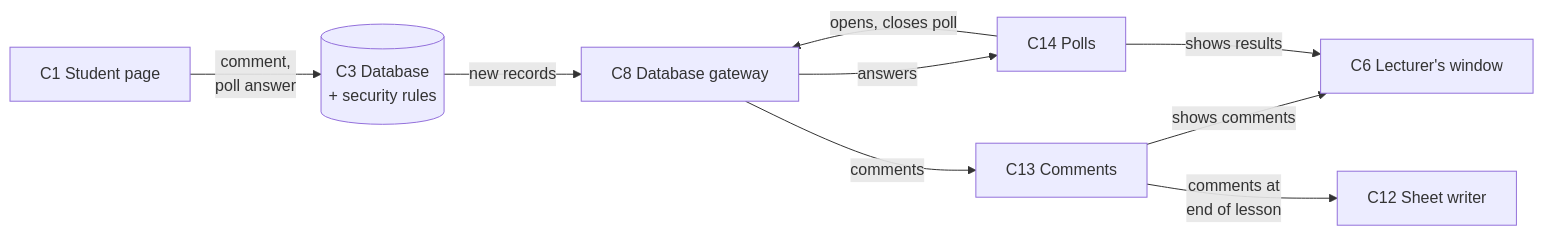
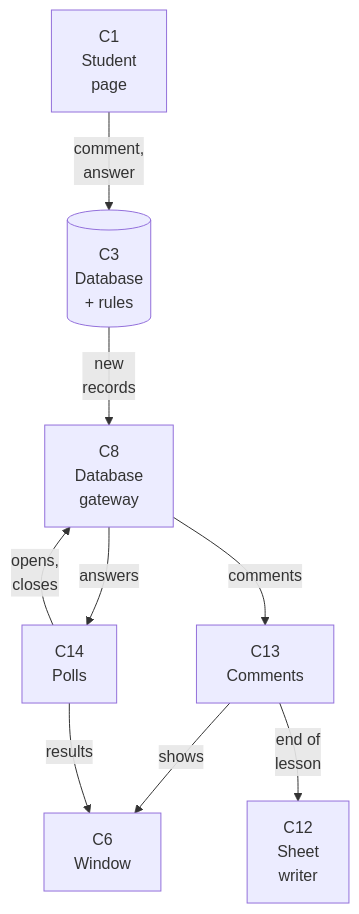
Before and after one commit to yonatanShoval/OOP_Exercise2: the third of 4 diagrams in docs/components.md, drawn with Mermaid. The commit also changed other lines of this file and 3 other files, not shown here.

First line of the commit message:
Fix the component diagrams for GitHub; automatic lecture summary through Gemini

````diff
--- a/docs/components.md
+++ b/docs/components.md
@@ -99,18 +99,18 @@
 ```mermaid
-flowchart LR
-    P["C1 Student page"]
-    DB[("C3 Database<br/>+ security rules")]
-    G["C8 Database gateway"]
-    M["C13 Comments"]
-    Q["C14 Polls"]
-    W["C6 Lecturer's window"]
-    S["C12 Sheet writer"]
-    P -- "comment,<br/>poll answer" --> DB
-    DB -- "new records" --> G
+flowchart TB
+    P["C1<br/>Student<br/>page"]
+    DB[("C3<br/>Database<br/>+ rules")]
+    G["C8<br/>Database<br/>gateway"]
+    M["C13<br/>Comments"]
+    Q["C14<br/>Polls"]
+    W["C6<br/>Window"]
+    S["C12<br/>Sheet<br/>writer"]
+    P -- "comment,<br/>answer" --> DB
+    DB -- "new<br/>records" --> G
     G -- "comments" --> M
     G -- "answers" --> Q
-    Q -- "opens, closes poll" --> G
-    M -- "shows comments" --> W
-    Q -- "shows results" --> W
-    M -- "comments at<br/>end of lesson" --> S
+    Q -- "opens,<br/>closes" --> G
+    M -- "shows" --> W
+    Q -- "results" --> W
+    M -- "end of<br/>lesson" --> S
 ```
````
